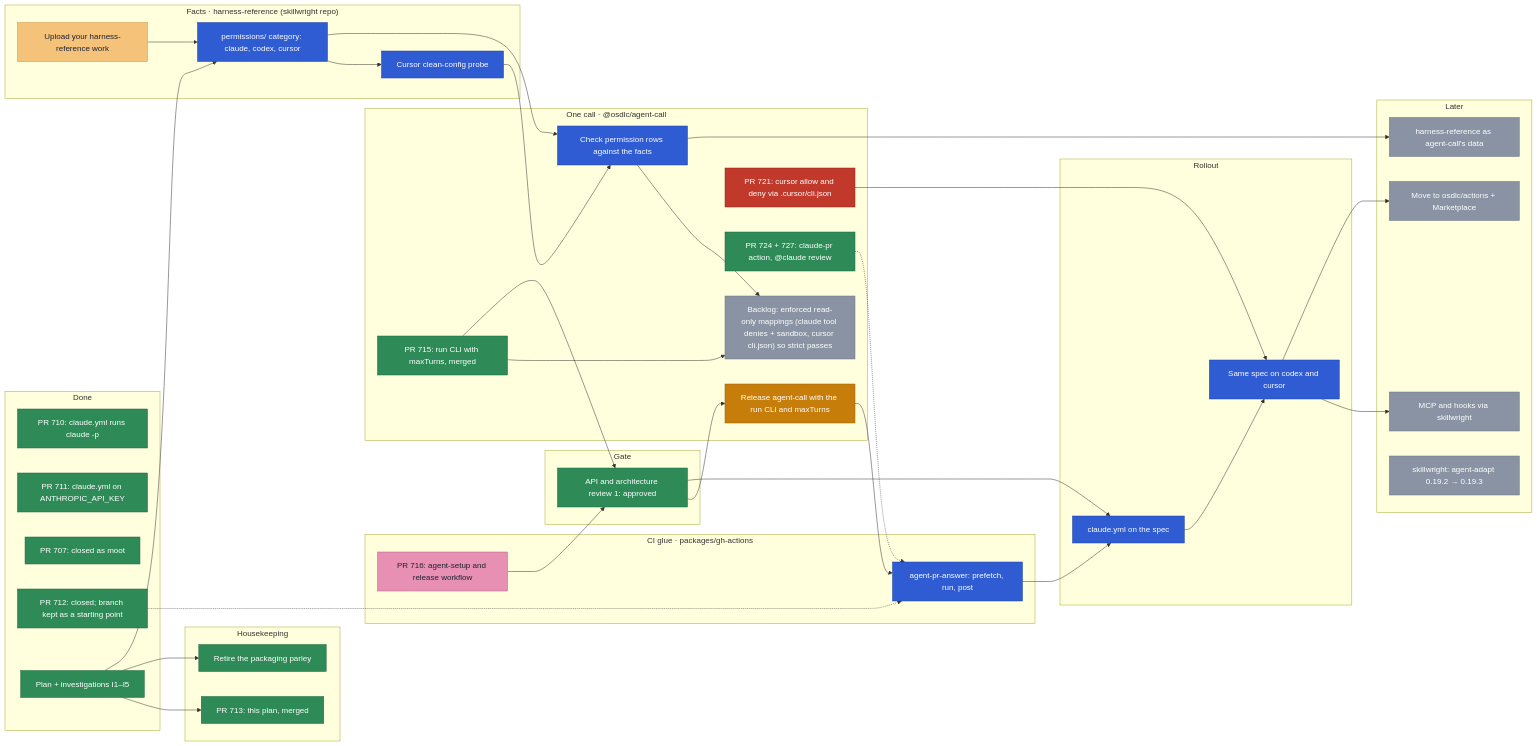
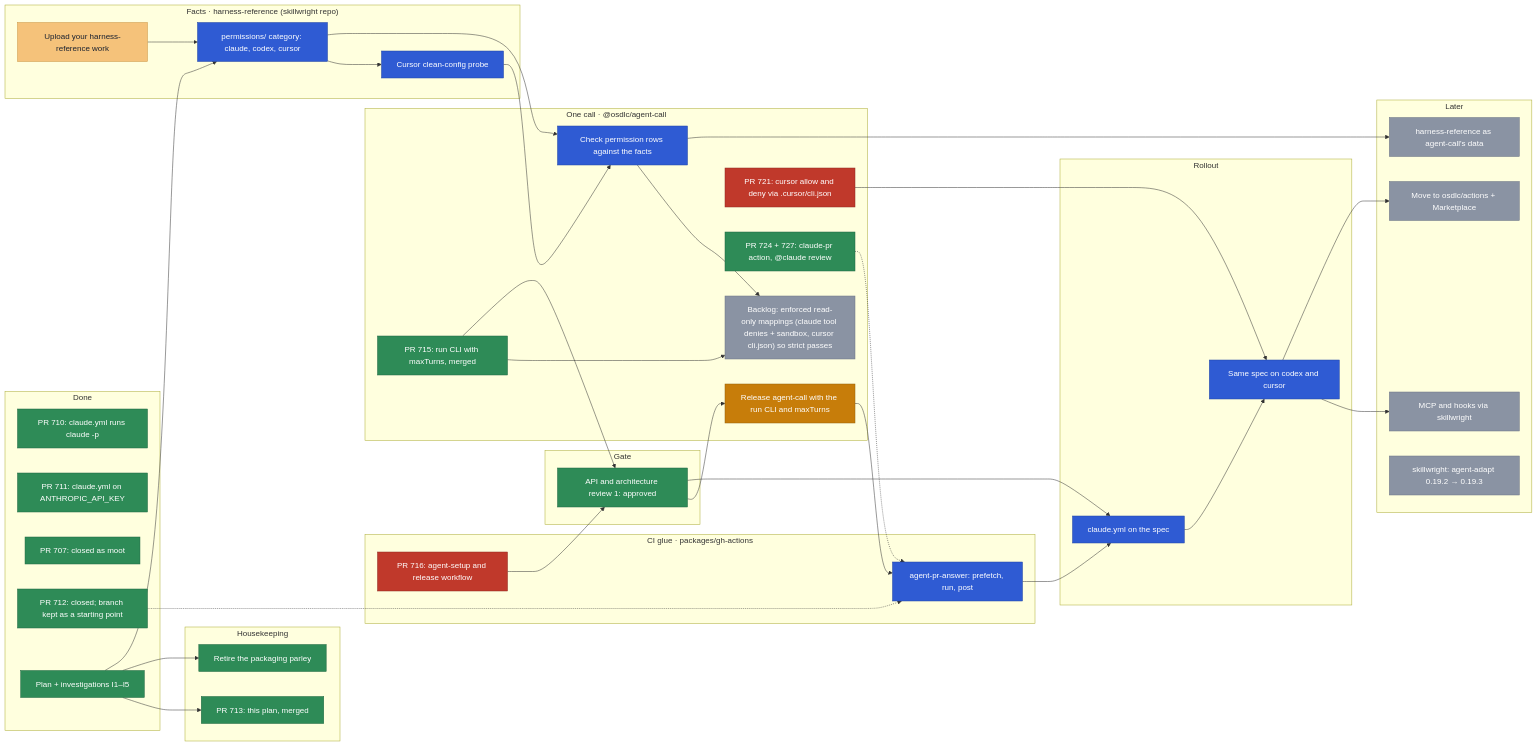
Before and after one commit to osdlc/osdlc: the diagram in docs/planning/agent-ci.md, drawn with Mermaid. The commit also changed other lines of this file, not shown here.

```diff
--- a/docs/planning/agent-ci.md
+++ b/docs/planning/agent-ci.md
@@ -114,7 +114,7 @@
   classDef later fill:#8a93a3,stroke:#6b7384,color:#ffffff
   class W710,P711,P707,P712,PLAN,PARLEY,PLANPR,ARCH,RUN done
   class UP yours
-  class SETUP external
+  class SETUP blocked
   class REV done
   class PERM,PROBE,CHECK,ANS,SPEC,MULTI next
   class REL active
```
